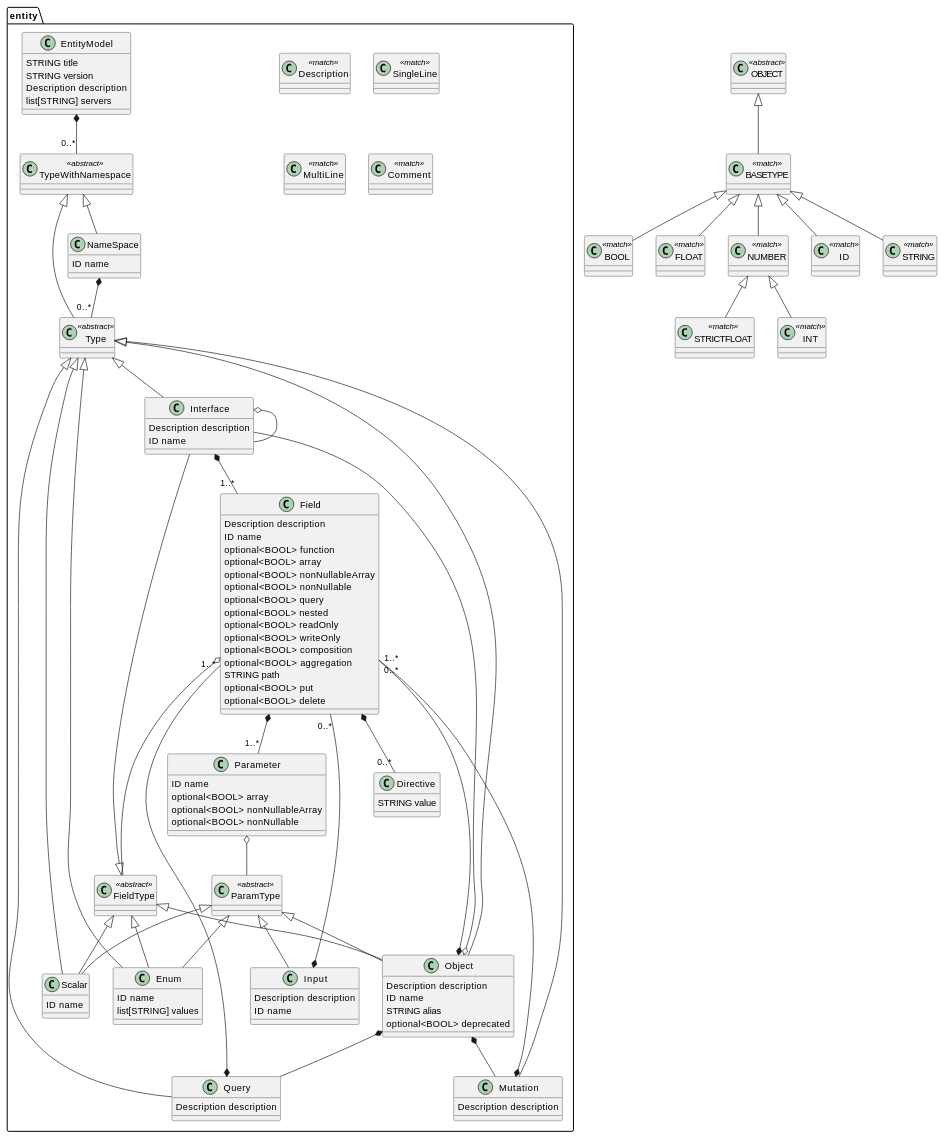
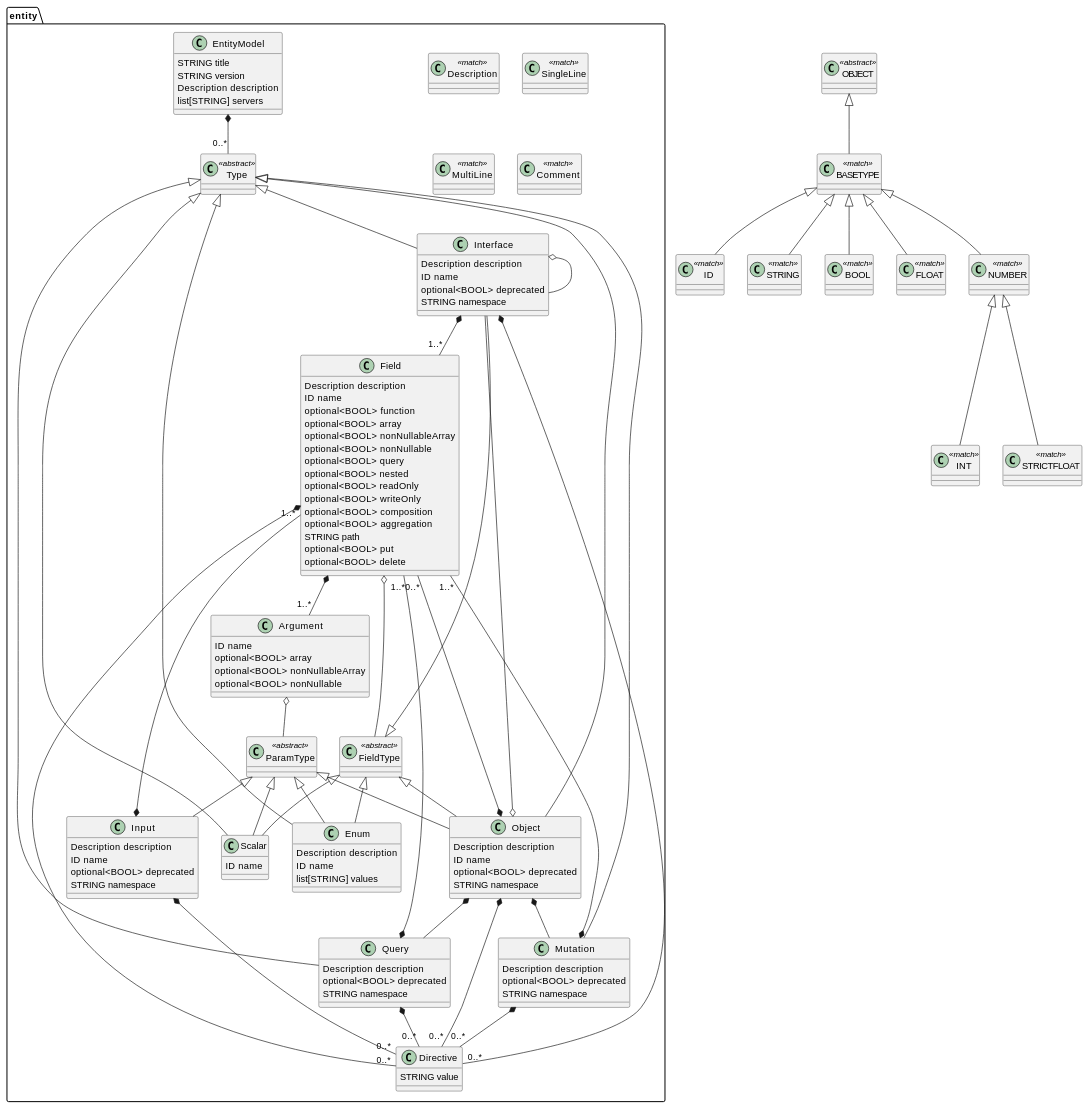
The diagram in qsdl/definition/entity.md (henn1001/QSDL), drawn with PlantUML before and after one commit. The commit also changed 4 other files, not shown here.

```diff
--- a/qsdl/definition/entity.md
+++ b/qsdl/definition/entity.md
@@ -15,20 +15,11 @@
 }
 
 
-class entity.TypeWithNamespace <<abstract>> {
-}
-
-
 class entity.FieldType <<abstract>> {
 }
 
 
 class entity.ParamType <<abstract>> {
-}
-
-
-class entity.NameSpace  {
-  ID name
 }
 
 
@@ -38,6 +29,7 @@
 
 
 class entity.Enum  {
+  Description description
   ID name
   list[STRING] values
 }
@@ -46,30 +38,38 @@
 class entity.Interface  {
   Description description
   ID name
+  optional<BOOL> deprecated
+  STRING namespace
 }
 
 
 class entity.Input  {
   Description description
   ID name
+  optional<BOOL> deprecated
+  STRING namespace
 }
 
 
 class entity.Query  {
   Description description
+  optional<BOOL> deprecated
+  STRING namespace
 }
 
 
 class entity.Mutation  {
   Description description
+  optional<BOOL> deprecated
+  STRING namespace
 }
 
 
 class entity.Object  {
   Description description
   ID name
-  STRING alias
   optional<BOOL> deprecated
+  STRING namespace
 }
 
 
@@ -92,7 +92,7 @@
 }
 
 
-class entity.Parameter  {
+class entity.Argument  {
   ID name
   optional<BOOL> array
   optional<BOOL> nonNullableArray
@@ -157,15 +157,13 @@
 }
 
 
-entity.EntityModel *-- "0..*" entity.TypeWithNamespace
+entity.EntityModel *-- "0..*" entity.Type
 entity.Type <|-- entity.Scalar
 entity.Type <|-- entity.Enum
 entity.Type <|-- entity.Interface
 entity.Type <|-- entity.Query
 entity.Type <|-- entity.Mutation
 entity.Type <|-- entity.Object
-entity.TypeWithNamespace <|-- entity.NameSpace
-entity.TypeWithNamespace <|-- entity.Type
 entity.FieldType <|-- entity.Scalar
 entity.FieldType <|-- entity.Enum
 entity.FieldType <|-- entity.Interface
@@ -174,20 +172,24 @@
 entity.ParamType <|-- entity.Enum
 entity.ParamType <|-- entity.Input
 entity.ParamType <|-- entity.Object
-entity.NameSpace *-- "0..*" entity.Type
 entity.Interface o-- entity.Interface
+entity.Interface *-- "0..*" entity.Directive
 entity.Interface *-- "1..*" entity.Field
-entity.Input *-- "0..*" entity.Field
+entity.Input *-- "0..*" entity.Directive
+entity.Input *-- "1..*" entity.Field
+entity.Query *-- "0..*" entity.Directive
 entity.Query *-- "1..*" entity.Field
+entity.Mutation *-- "0..*" entity.Directive
 entity.Mutation *-- "1..*" entity.Field
 entity.Object o-- entity.Interface
+entity.Object *-- "0..*" entity.Directive
 entity.Object *-- "0..*" entity.Field
 entity.Object *-- entity.Query
 entity.Object *-- entity.Mutation
-entity.Field *-- "1..*" entity.Parameter
+entity.Field *-- "1..*" entity.Argument
 entity.Field o-- entity.FieldType
 entity.Field *-- "0..*" entity.Directive
-entity.Parameter o-- entity.ParamType
+entity.Argument o-- entity.ParamType
 NUMBER <|-- STRICTFLOAT
 NUMBER <|-- INT
 BASETYPE <|-- NUMBER
```
